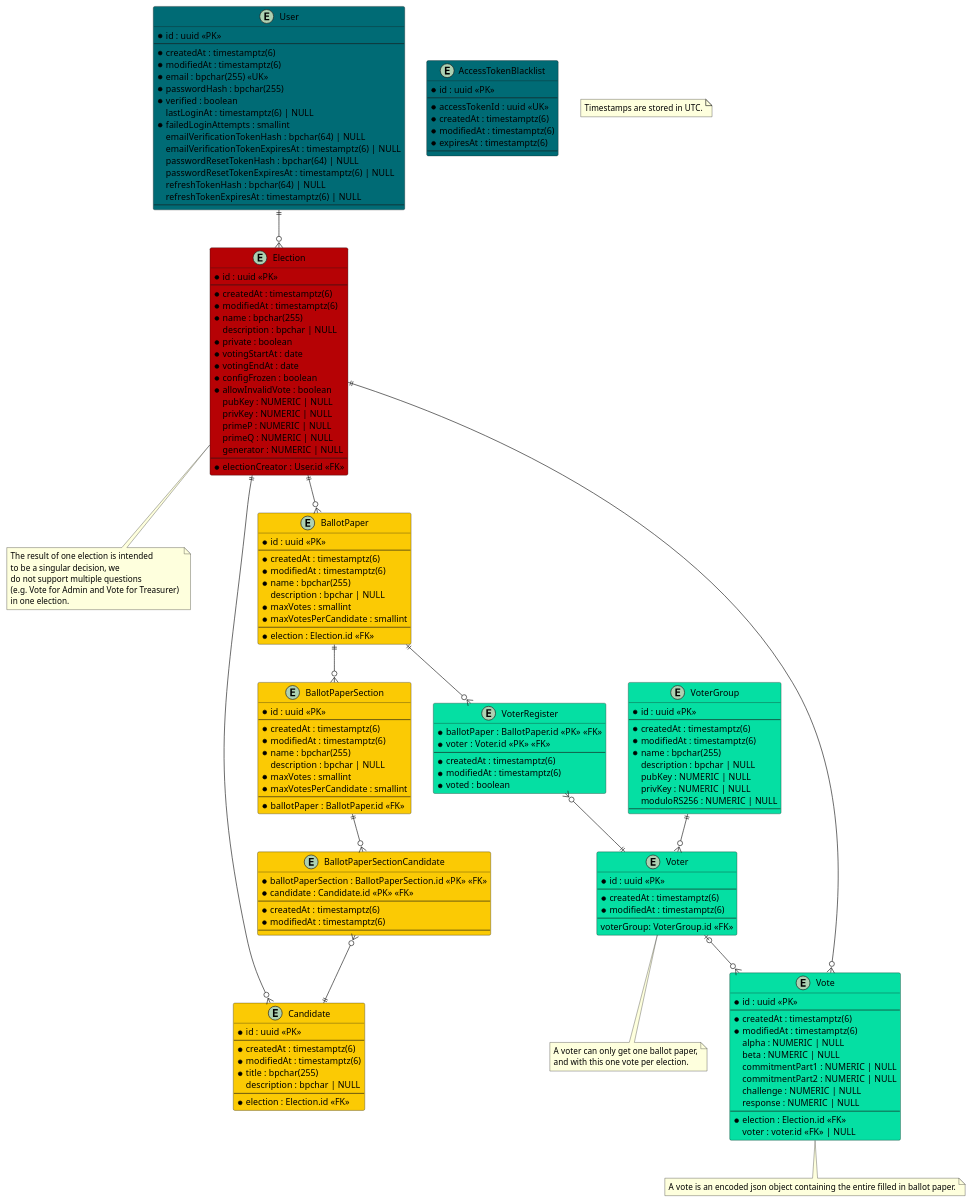
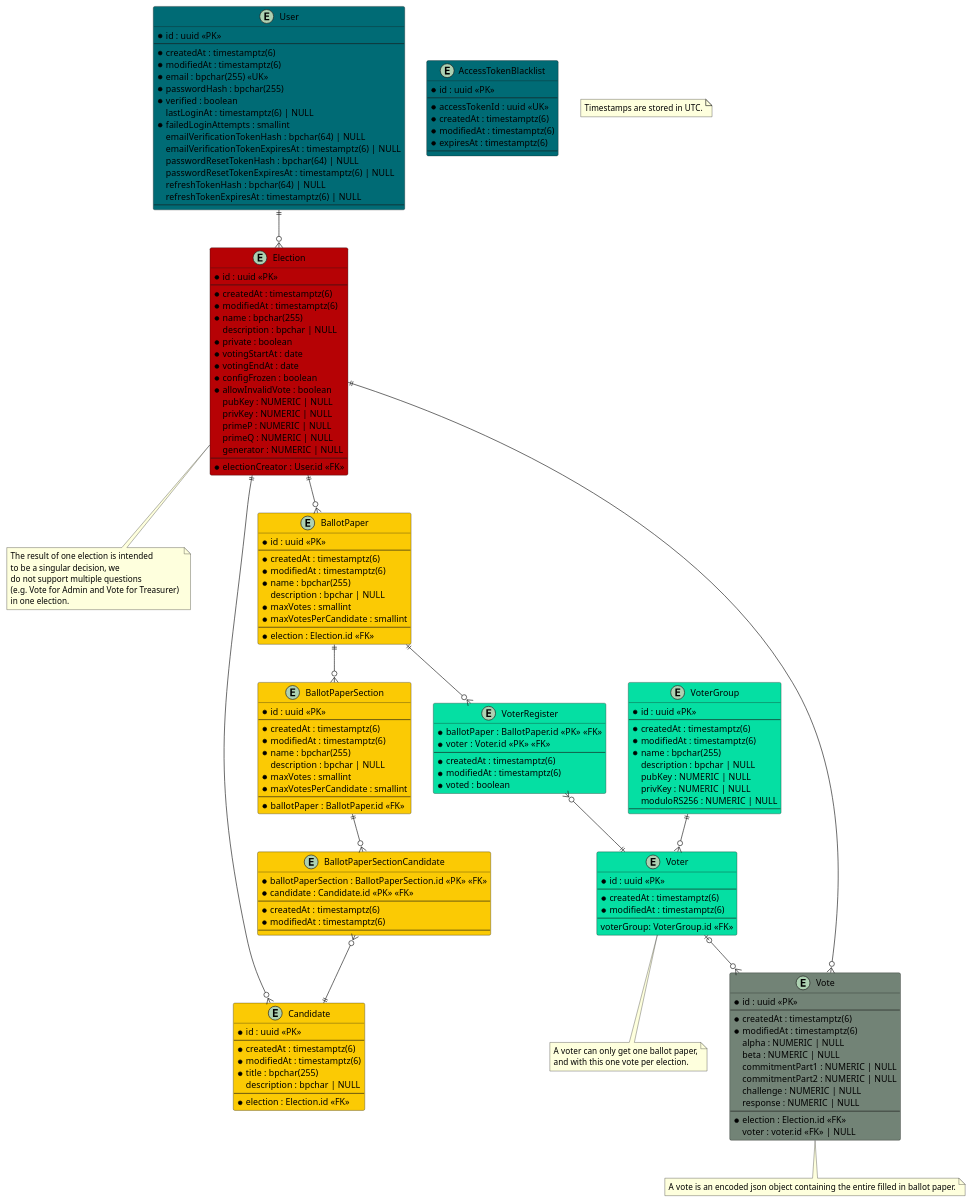
Before and after one commit to SE-UUlm/votura: the diagram in apps/docs/static/uml/dataModel.puml, drawn with PlantUML.

Commit message:
#7: update color code for Vote entity in data model

```diff
--- a/apps/docs/static/uml/dataModel.puml
+++ b/apps/docs/static/uml/dataModel.puml
@@ -1,198 +1,198 @@
 @startuml dataModel
 
 ' The color codes are representing the different epics in GitHub.
 ' Same color codes as the used GitHub labels.
 
 entity "User" as user #006b75 {
     * id : uuid <<PK>>
     --
     * createdAt : timestamptz(6)
     * modifiedAt : timestamptz(6)
     * email : bpchar(255) <<UK>>
     * passwordHash : bpchar(255)
     * verified : boolean
     lastLoginAt : timestamptz(6) | NULL
     ' failed login attempts get reset on successful login
     * failedLoginAttempts : smallint
     emailVerificationTokenHash : bpchar(64) | NULL
     emailVerificationTokenExpiresAt : timestamptz(6) | NULL
     passwordResetTokenHash : bpchar(64) | NULL
     passwordResetTokenExpiresAt : timestamptz(6) | NULL
     refreshTokenHash : bpchar(64) | NULL
     refreshTokenExpiresAt : timestamptz(6) | NULL
     --
 }
 
 entity "AccessTokenBlacklist" as jwtBlacklist #006b75 {
     ' this table is used to store blacklisted access tokens
     ' The jti is 36 characters long if we use UUIDv4
     * id : uuid <<PK>>
     --
     * accessTokenId : uuid <<UK>>
     * createdAt : timestamptz(6)
     * modifiedAt : timestamptz(6)
     * expiresAt : timestamptz(6)
     --
 }
 
 entity "Election" as elections #b60205 {
     * id : uuid <<PK>>
     --
     * createdAt : timestamptz(6)
     * modifiedAt : timestamptz(6)
     * name : bpchar(255)
     description : bpchar | NULL
     * private : boolean
     * votingStartAt : date
     * votingEndAt : date
     * configFrozen : boolean
     * allowInvalidVote : boolean
     ' Is there a use case for `votesCounted`?
     ' * votesCounted : boolean
     ' Computed values such as validVotes and invalidVotes are critical - do we really want to store them?
     ' validVotes : integer | NULL
     ' invalidVotes : integer | NULL
     pubKey : NUMERIC | NULL
     privKey : NUMERIC | NULL
     primeP : NUMERIC | NULL
     primeQ : NUMERIC | NULL
     generator : NUMERIC | NULL
     --
     * electionCreator : User.id <<FK>>
 }
 
 note as N2
 The result of one election is intended 
 to be a singular decision, we 
 do not support multiple questions 
 (e.g. Vote for Admin and Vote for Treasurer) 
 in one election.
 end note
 
 entity "BallotPaper" as ballotPapers #fbca04 {
     * id : uuid <<PK>>
     --
     * createdAt : timestamptz(6)
     * modifiedAt : timestamptz(6)
     * name : bpchar(255)
     description : bpchar | NULL
     * maxVotes : smallint
     * maxVotesPerCandidate : smallint
     --
     * election : Election.id <<FK>>
 }
 
 entity "BallotPaperSection" as ballotPaperSections #fbca04 {
     * id : uuid <<PK>>
     --
     * createdAt : timestamptz(6)
     * modifiedAt : timestamptz(6)
     * name : bpchar(255)
     description : bpchar | NULL
     * maxVotes : smallint
     * maxVotesPerCandidate : smallint
     --
     * ballotPaper : BallotPaper.id <<FK>>
 }
 ' note as C_2
 ' If at least two ballotPaperSections are created for one ballotPaper, 
 ' the name field of the ballotPaperSections is mandatory.
 ' end note
 
 entity "BallotPaperSectionCandidate" as ballotPaperSectionCandidates #fbca04 {
     * ballotPaperSection : BallotPaperSection.id <<PK>> <<FK>>
     * candidate : Candidate.id <<PK>> <<FK>>
     --
     * createdAt : timestamptz(6)
     * modifiedAt : timestamptz(6)
     --
 }
 
 entity "Candidate" as candidates #fbca04 {
     * id : uuid <<PK>>
     --
     * createdAt : timestamptz(6)
     * modifiedAt : timestamptz(6)
     * title : bpchar(255)
     description : bpchar | NULL
     --
     * election : Election.id <<FK>>
 }
 
-entity "Vote" as votes #05DFA3 {
+entity "Vote" as votes #728376 {
     * id : uuid <<PK>>
     --
     * createdAt : timestamptz(6)
     * modifiedAt : timestamptz(6)
     alpha : NUMERIC | NULL
     beta : NUMERIC | NULL
     commitmentPart1 : NUMERIC | NULL
     commitmentPart2 : NUMERIC | NULL
     challenge : NUMERIC | NULL
     response : NUMERIC | NULL
     --
     * election : Election.id <<FK>>
     ' if the vote isn't secret, voter can be saved
     voter : voter.id <<FK>> | NULL
 }
 note as N4
 A vote is an encoded json object containing the entire filled in ballot paper.
 end note
 
 entity "VoterRegister" as voterRegisters #05DFA3 {
     * ballotPaper : BallotPaper.id <<PK>> <<FK>>
     * voter : Voter.id <<PK>> <<FK>>
     --
     * createdAt : timestamptz(6)
     * modifiedAt : timestamptz(6)
     * voted : boolean
 }
 
 entity "Voter" as voters #05DFA3 {
     * id : uuid <<PK>>
     --
     * createdAt : timestamptz(6)
     * modifiedAt : timestamptz(6)
     --
     voterGroup: VoterGroup.id <<FK>>
 }
 note as N3
 A voter can only get one ballot paper,
 and with this one vote per election.
 end note
 
 entity "VoterGroup" as voterGroups #05DFA3 {
     * id : uuid <<PK>>
     --
     * createdAt : timestamptz(6)
     * modifiedAt : timestamptz(6)
     * name : bpchar(255)
     description : bpchar | NULL
     pubKey : NUMERIC | NULL
     privKey : NUMERIC | NULL
     moduloRS256 : NUMERIC | NULL
     --
 }
 
 note as N1
 Timestamps are stored in UTC.
 end note
 
 user ||--o{ elections
 elections ||--o{ ballotPapers
 elections -- N2
 elections ||--o{ candidates
 ballotPapers ||--o{ voterRegisters
 voterRegisters }o--|| voters
 ballotPapers ||--o{ ballotPaperSections
 ' ballotPaperSections -- C_2
 ballotPaperSections ||--o{ ballotPaperSectionCandidates
 ballotPaperSectionCandidates }o--|| candidates
 votes }o--|| elections
 voters |o--o{ votes
 voterGroups ||--o{ voters
 voters -- N3
 votes -- N4
 
 
 @enduml
```
